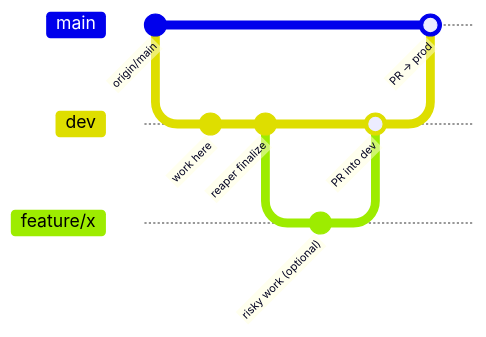
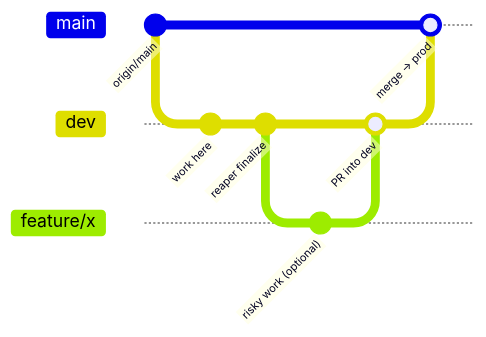
One commit to verdey/claude-skills changed the second of 2 diagrams in _tomes/pmo/forge/templates.md. Above: the diagram before and after it, drawn with Mermaid. The commit also changed other lines of this file, not shown here.

````diff
--- a/_tomes/pmo/forge/templates.md
+++ b/_tomes/pmo/forge/templates.md
@@ -86,15 +86,15 @@
 ```mermaid
 gitGraph
    commit id: "origin/main"
    branch dev
    checkout dev
    commit id: "work here"
    commit id: "reaper finalize"
    branch feature/x
    checkout feature/x
    commit id: "risky work (optional)"
    checkout dev
    merge feature/x id: "PR into dev"
    checkout main
-   merge dev id: "PR → prod"
+   merge dev id: "merge → prod"
 ```
````
